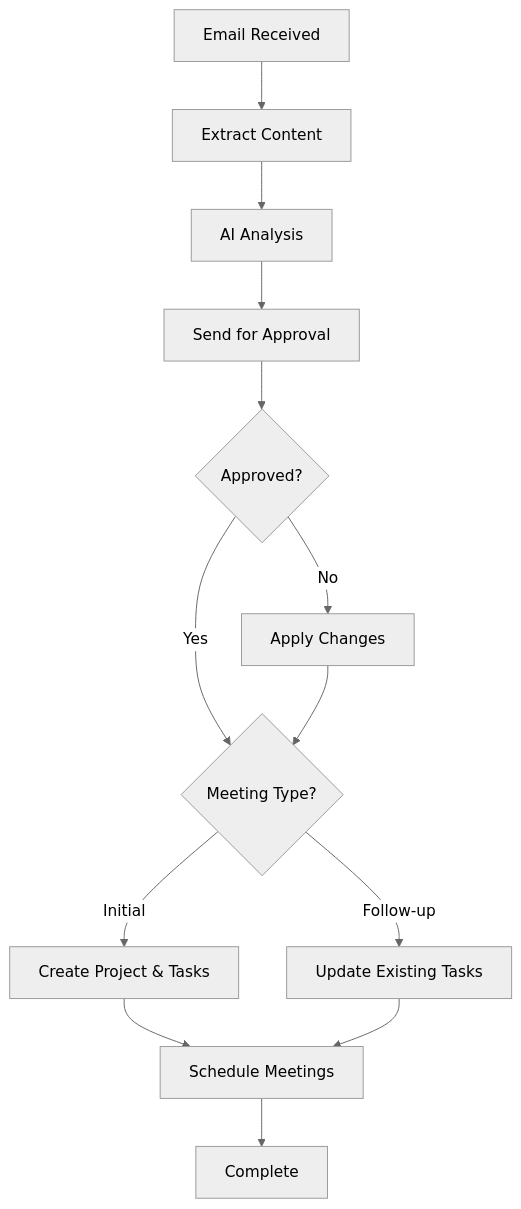
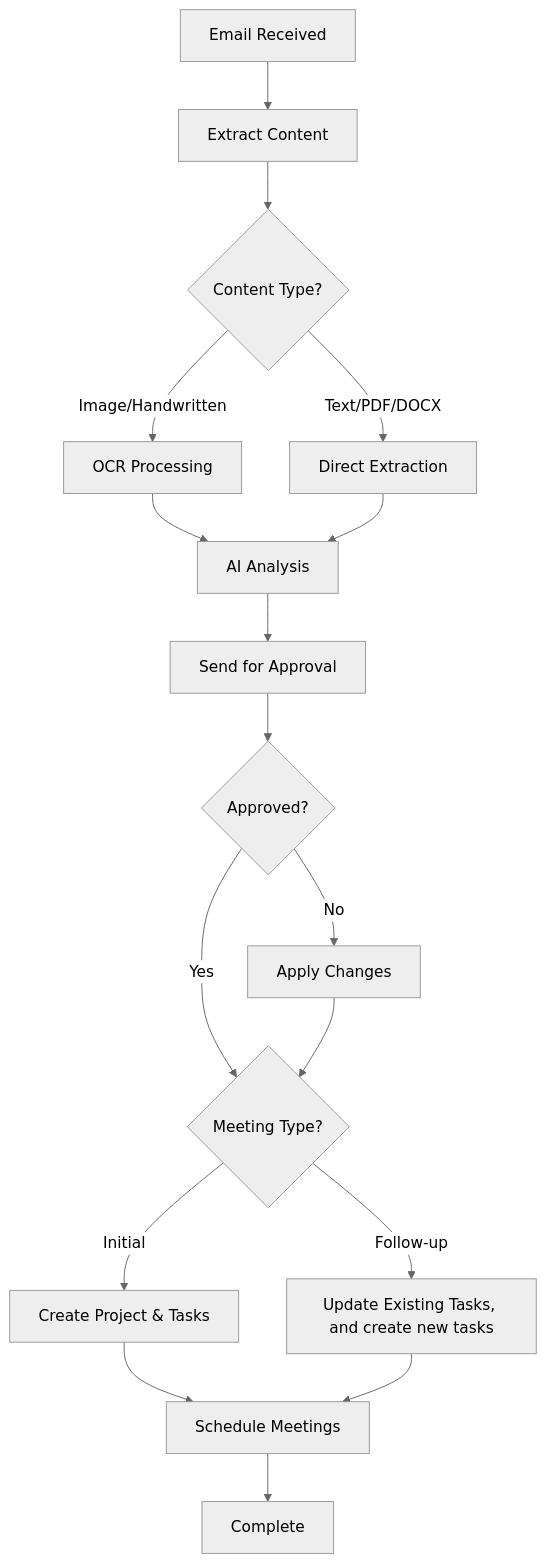
The diagram in use_case_3_ProjectMamagement_JIRA/README.md (TRMaram/AI_Workflow_Automation), drawn with Mermaid (neutral theme) before and after one commit. The commit also changed other lines of this file, not shown here.

````diff
--- a/use_case_3_ProjectMamagement_JIRA/README.md
+++ b/use_case_3_ProjectMamagement_JIRA/README.md
@@ -202,15 +212,19 @@
 ```mermaid
 graph TD
     A[Email Received] --> B[Extract Content]
-    B --> C[AI Analysis]
-    C --> D[Send for Approval]
-    D --> E{Approved?}
-    E -->|Yes| F{Meeting Type?}
-    E -->|No| G[Apply Changes]
-    G --> F
-    F -->|Initial| H[Create Project & Tasks]
-    F -->|Follow-up| I[Update Existing Tasks]
-    H --> J[Schedule Meetings]
-    I --> J
-    J --> K[Complete]
+    B --> C{Content Type?}
+    C -->|Image/Handwritten| D[OCR Processing]
+    C -->|Text/PDF/DOCX| E[Direct Extraction]
+    D --> F[AI Analysis]
+    E --> F
+    F --> G[Send for Approval]
+    G --> H{Approved?}
+    H -->|Yes| I{Meeting Type?}
+    H -->|No| J[Apply Changes]
+    J --> I
+    I -->|Initial| K[Create Project & Tasks]
+    I -->|Follow-up| L[Update Existing Tasks, and create new tasks]
+    K --> M[Schedule Meetings]
+    L --> M
+    M --> N[Complete]
 ```
````
